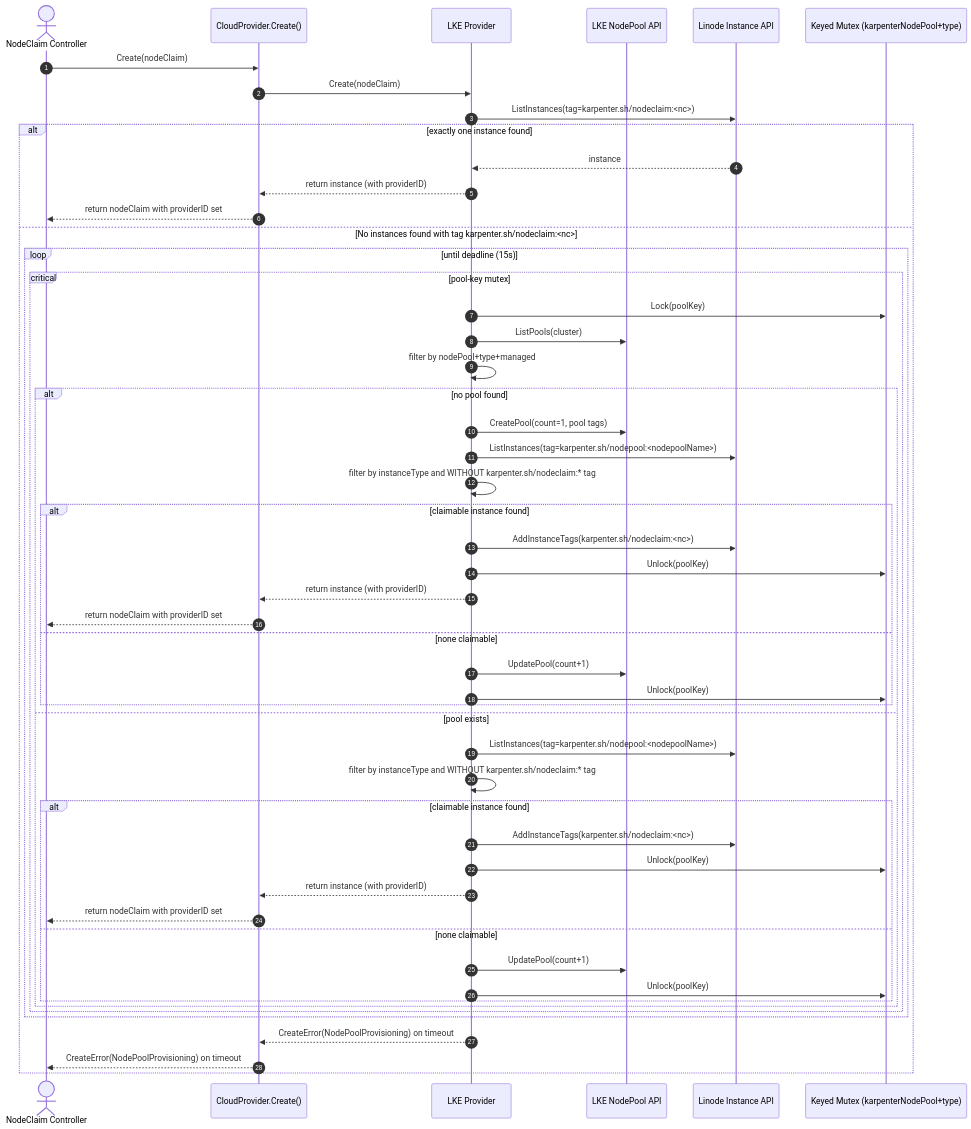
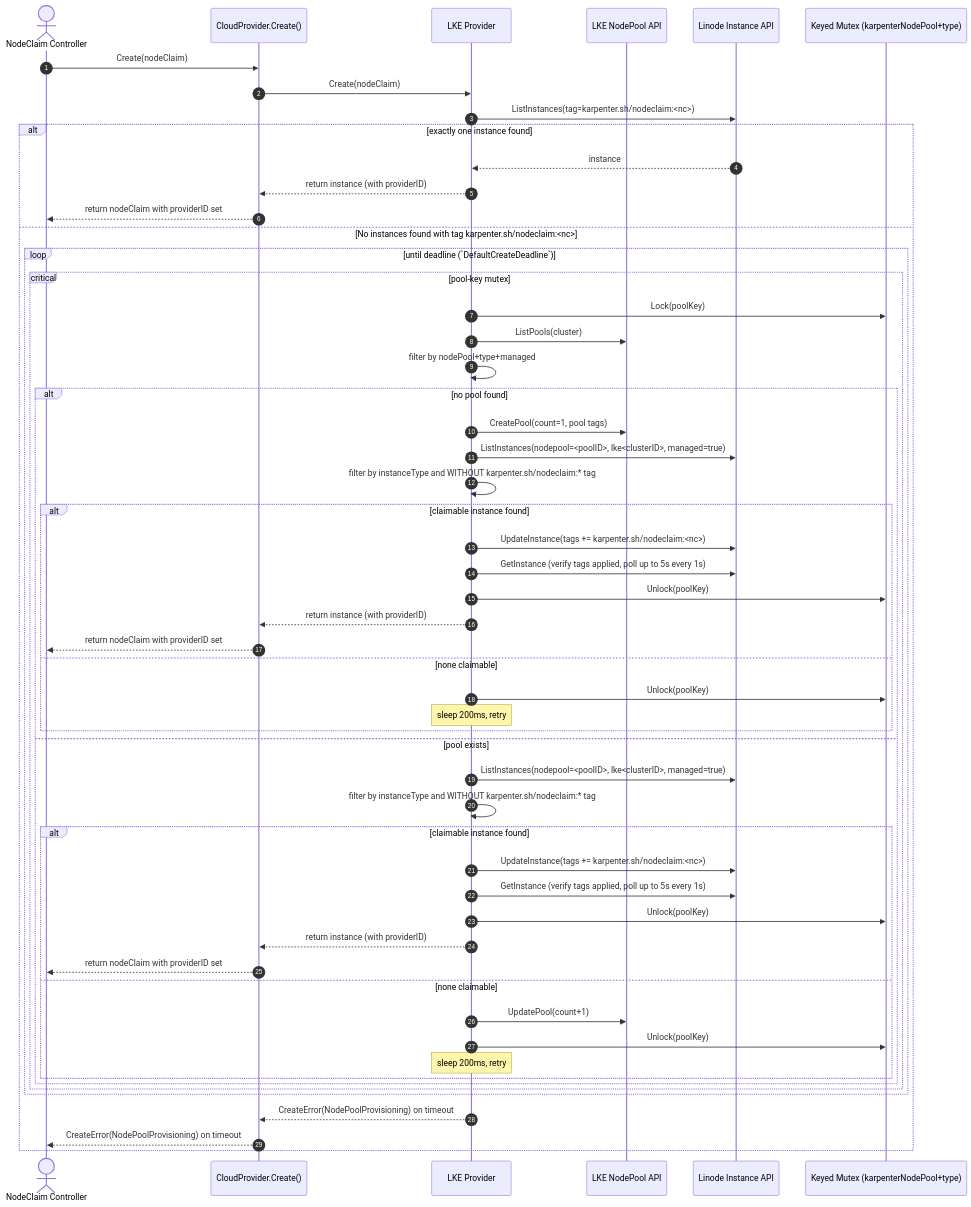
One commit to linode/karpenter-provider-linode changed the second of 2 diagrams in docs/lke-nodepool-scaleup.md. Above: the diagram before and after it, drawn with Mermaid. The commit also changed other lines of this file and 5 other files, not shown here.

````diff
--- a/docs/lke-nodepool-scaleup.md
+++ b/docs/lke-nodepool-scaleup.md
@@ -93,58 +99,61 @@
 ```mermaid
 sequenceDiagram
     autonumber
     actor NC as NodeClaim Controller
     participant CP as CloudProvider.Create()
     participant LKE as LKE Provider
     participant POOL as LKE NodePool API
     participant INST as Linode Instance API
     participant M as Keyed Mutex (karpenterNodePool+type)
 
     NC->>CP: Create(nodeClaim)
     CP->>LKE: Create(nodeClaim)
 
     %% Step 1: Fast idempotency
     LKE->>INST: ListInstances(tag=karpenter.sh/nodeclaim:<nc>)
     alt exactly one instance found
         INST-->>LKE: instance
         LKE-->>CP: return instance (with providerID)
         CP-->>NC: return nodeClaim with providerID set
     else No instances found with tag karpenter.sh/nodeclaim:<nc>
-        loop until deadline (15s)
+        loop until deadline (`DefaultCreateDeadline`)
             critical pool-key mutex
                 LKE->>M: Lock(poolKey)
                 LKE->>POOL: ListPools(cluster)
                 LKE->>LKE: filter by nodePool+type+managed
 
                 alt no pool found
                     LKE->>POOL: CreatePool(count=1, pool tags)
-                    LKE->>INST: ListInstances(tag=karpenter.sh/nodepool:<nodepoolName>)
+                    LKE->>INST: ListInstances(nodepool=<poolID>, lke<clusterID>, managed=true)
                     LKE->>LKE: filter by instanceType and WITHOUT karpenter.sh/nodeclaim:* tag
                     alt claimable instance found
-                        LKE->>INST: AddInstanceTags(karpenter.sh/nodeclaim:<nc>)
+                        LKE->>INST: UpdateInstance(tags += karpenter.sh/nodeclaim:<nc>)
+                        LKE->>INST: GetInstance (verify tags applied, poll up to 5s every 1s)
+                        LKE->>M: Unlock(poolKey)
+                        LKE-->>CP: return instance (with providerID)
+                        CP-->>NC: return nodeClaim with providerID set
+                    else none claimable
+                        LKE->>M: Unlock(poolKey)
+                        Note over LKE: sleep 200ms, retry
+                    end
+                else pool exists
+                    LKE->>INST: ListInstances(nodepool=<poolID>, lke<clusterID>, managed=true)
+                    LKE->>LKE: filter by instanceType and WITHOUT karpenter.sh/nodeclaim:* tag
+                    alt claimable instance found
+                        LKE->>INST: UpdateInstance(tags += karpenter.sh/nodeclaim:<nc>)
+                        LKE->>INST: GetInstance (verify tags applied, poll up to 5s every 1s)
                         LKE->>M: Unlock(poolKey)
                         LKE-->>CP: return instance (with providerID)
                         CP-->>NC: return nodeClaim with providerID set
                     else none claimable
                         LKE->>POOL: UpdatePool(count+1)
                         LKE->>M: Unlock(poolKey)
-                    end
-                else pool exists
-                    LKE->>INST: ListInstances(tag=karpenter.sh/nodepool:<nodepoolName>)
-                    LKE->>LKE: filter by instanceType and WITHOUT karpenter.sh/nodeclaim:* tag
-                    alt claimable instance found
-                        LKE->>INST: AddInstanceTags(karpenter.sh/nodeclaim:<nc>)
-                        LKE->>M: Unlock(poolKey)
-                        LKE-->>CP: return instance (with providerID)
-                        CP-->>NC: return nodeClaim with providerID set
-                    else none claimable
-                        LKE->>POOL: UpdatePool(count+1)
-                        LKE->>M: Unlock(poolKey)
+                        Note over LKE: sleep 200ms, retry
                     end
                 end
             end
         end
         LKE-->>CP: CreateError(NodePoolProvisioning) on timeout
         CP-->>NC: CreateError(NodePoolProvisioning) on timeout
     end
 ```
````
